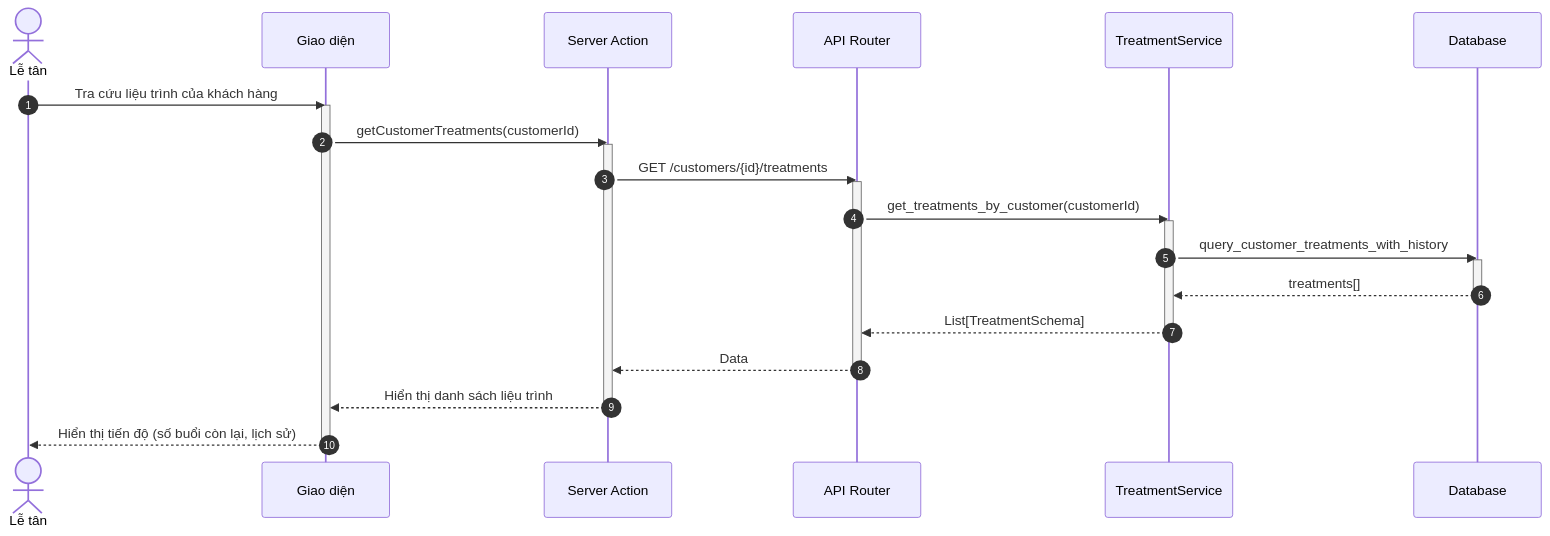
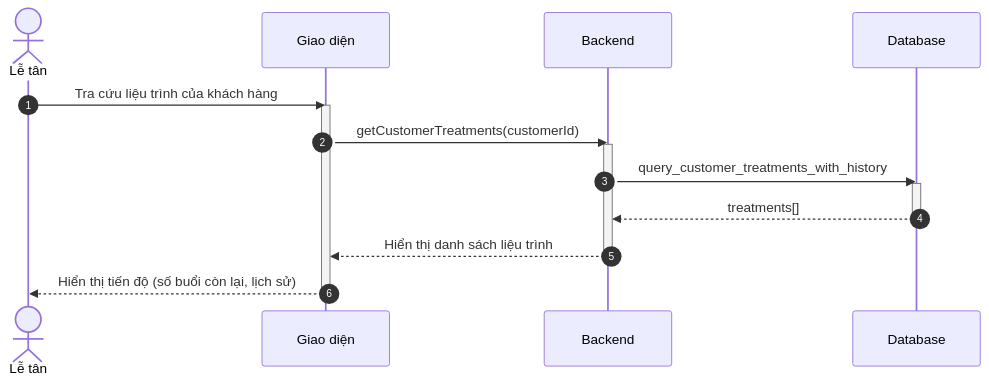
Before and after one commit to ngoctinn/Synapse: the seventh of 8 diagrams in docs/design/sequences/receptionist_flows.md, drawn with Mermaid. The commit also changed other lines of this file and 7 other files, not shown here.

Commit message:
docs: Add initial design documentation for authentication, user flows, and algorithm specification.

````diff
--- a/docs/design/sequences/receptionist_flows.md
+++ b/docs/design/sequences/receptionist_flows.md
@@ -354,38 +254,24 @@
 ```mermaid
 sequenceDiagram
     autonumber
     actor LT as Lễ tân
     participant UI as Giao diện
-    participant BFF as Server Action
-    participant API as API Router
-    participant S as TreatmentService
+    participant BE as Backend
     participant DB as Database
 
     LT->>UI: Tra cứu liệu trình của khách hàng
     activate UI
-    UI->>BFF: getCustomerTreatments(customerId)
-    activate BFF
+    UI->>BE: getCustomerTreatments(customerId)
+    activate BE
 
-    BFF->>API: GET /customers/{id}/treatments
-    activate API
-
-    API->>S: get_treatments_by_customer(customerId)
-    activate S
-
-    S->>DB: query_customer_treatments_with_history
+    BE->>DB: query_customer_treatments_with_history
     activate DB
-    DB-->>S: treatments[]
+    DB-->>BE: treatments[]
     deactivate DB
 
-    S-->>API: List[TreatmentSchema]
-    deactivate S
-
-    API-->>BFF: Data
-    deactivate API
-
-    BFF-->>UI: Hiển thị danh sách liệu trình
-    deactivate BFF
+    BE-->>UI: Hiển thị danh sách liệu trình
+    deactivate BE
 
     UI-->>LT: Hiển thị tiến độ (số buổi còn lại, lịch sử)
     deactivate UI
 ```
````
